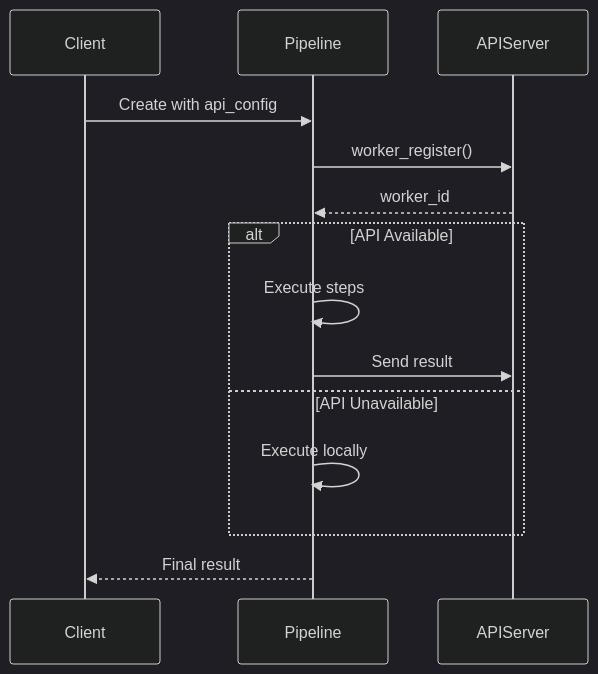
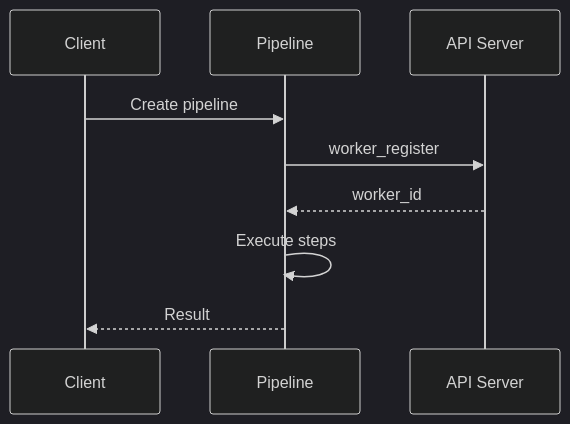
Before and after one commit to wisrovi/wpipe: the second of 5 diagrams in examples/api_pipeline/01_basic_api/README.md, drawn with Mermaid (dark theme). The commit also changed other lines of this file and 20 other files, not shown here.

First line of the commit message:
Simplify Mermaid diagrams for better rendering

````diff
--- a/examples/api_pipeline/01_basic_api/README.md
+++ b/examples/api_pipeline/01_basic_api/README.md
@@ -26,17 +26,12 @@
 ```mermaid
 sequenceDiagram
-    participant Client
-    participant Pipeline
-    participant APIServer
+    participant C as Client
+    participant P as Pipeline
+    participant A as API Server
     
-    Client->>Pipeline: Create with api_config
-    Pipeline->>APIServer: worker_register()
-    APIServer-->>Pipeline: worker_id
-    alt API Available
-        Pipeline->>Pipeline: Execute steps
-        Pipeline->>APIServer: Send result
-    else API Unavailable
-        Pipeline->>Pipeline: Execute locally
-    end
-    Pipeline-->>Client: Final result
+    C->>P: Create pipeline
+    P->>A: worker_register
+    A-->>P: worker_id
+    P->>P: Execute steps
+    P-->>C: Result
 ```
````
